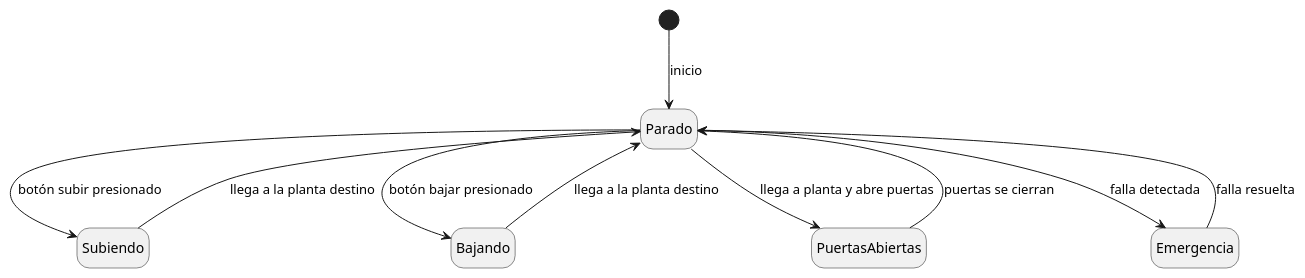
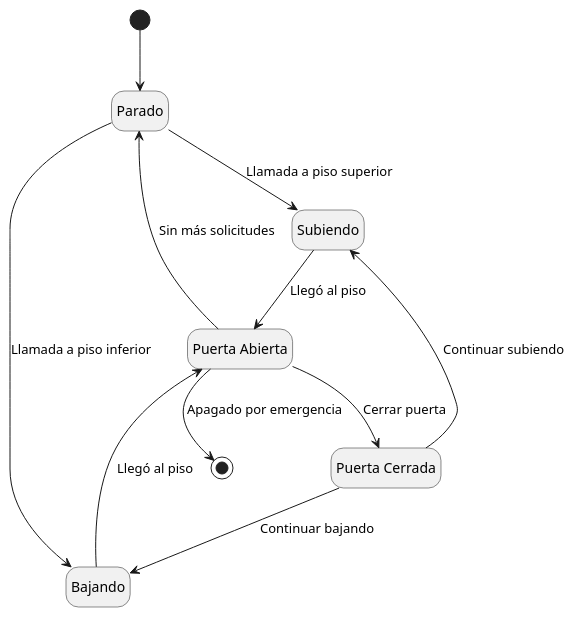
Before and after one commit to mmasias/24-25-IdSw2-SDD: the diagram in modelosUML/MdD/DdE/DdE_Ascensor.puml, drawn with PlantUML. The commit also changed 2 other files, not shown here.

```diff
--- a/modelosUML/MdD/DdE/DdE_Ascensor.puml
+++ b/modelosUML/MdD/DdE/DdE_Ascensor.puml
@@ -1,18 +1,26 @@
 @startuml DdE_Ascensor
+
 hide empty description
 
-[*] --> Parado : inicio
+state "Parado" as Reposo
+state "Subiendo" as Subiendo
+state "Bajando" as Bajando
+state "Puerta Abierta" as PuertaAbierta
+state "Puerta Cerrada" as PuertaCerrada
 
-Parado --> Subiendo : botón subir presionado
-Parado --> Bajando : botón bajar presionado
+[*] --> Reposo
+Reposo --> Subiendo : Llamada a piso superior
+Reposo --> Bajando : Llamada a piso inferior
 
-Subiendo --> Parado : llega a la planta destino
-Bajando --> Parado : llega a la planta destino
+Subiendo --> PuertaAbierta : Llegó al piso
+Bajando --> PuertaAbierta : Llegó al piso
 
-Parado --> PuertasAbiertas : llega a planta y abre puertas
-PuertasAbiertas --> Parado : puertas se cierran
+PuertaAbierta --> PuertaCerrada : Cerrar puerta
+PuertaCerrada --> Subiendo : Continuar subiendo
+PuertaCerrada --> Bajando : Continuar bajando
 
-Parado --> Emergencia : falla detectada
-Emergencia --> Parado : falla resuelta
+PuertaAbierta --> Reposo : Sin más solicitudes
+
+PuertaAbierta --> [*] : Apagado por emergencia
 
 @enduml
```
